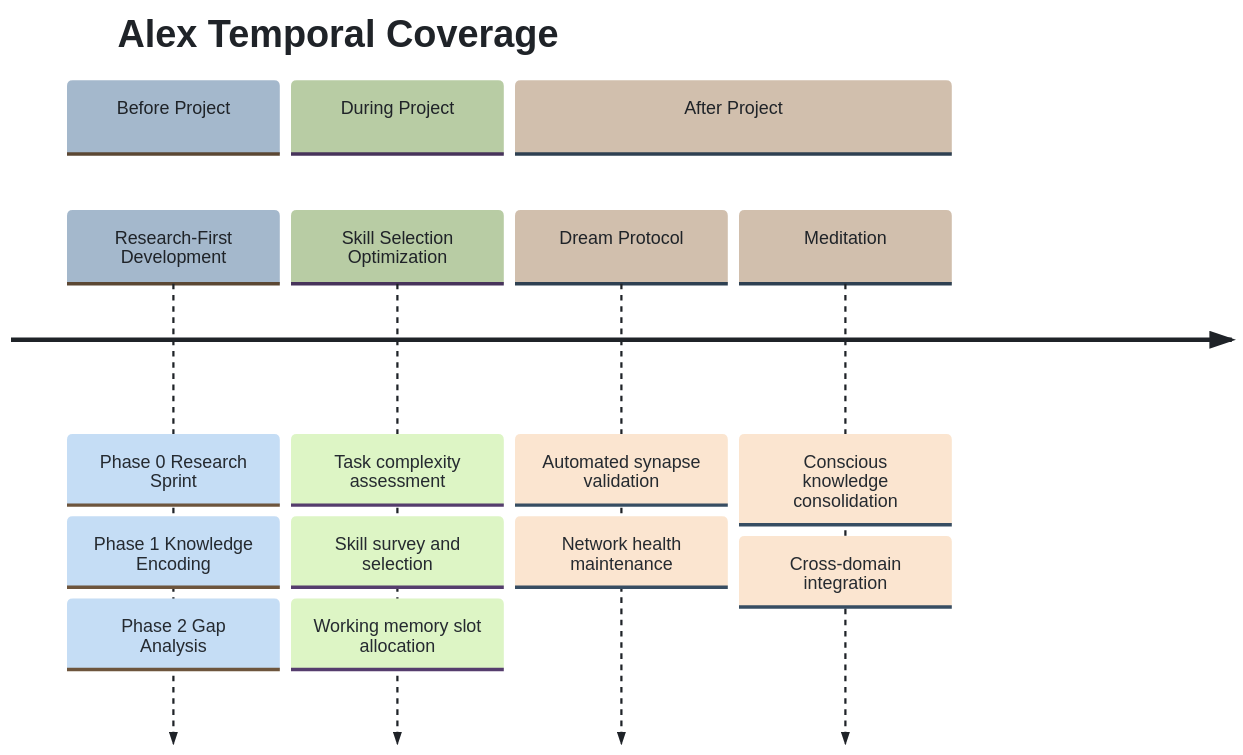
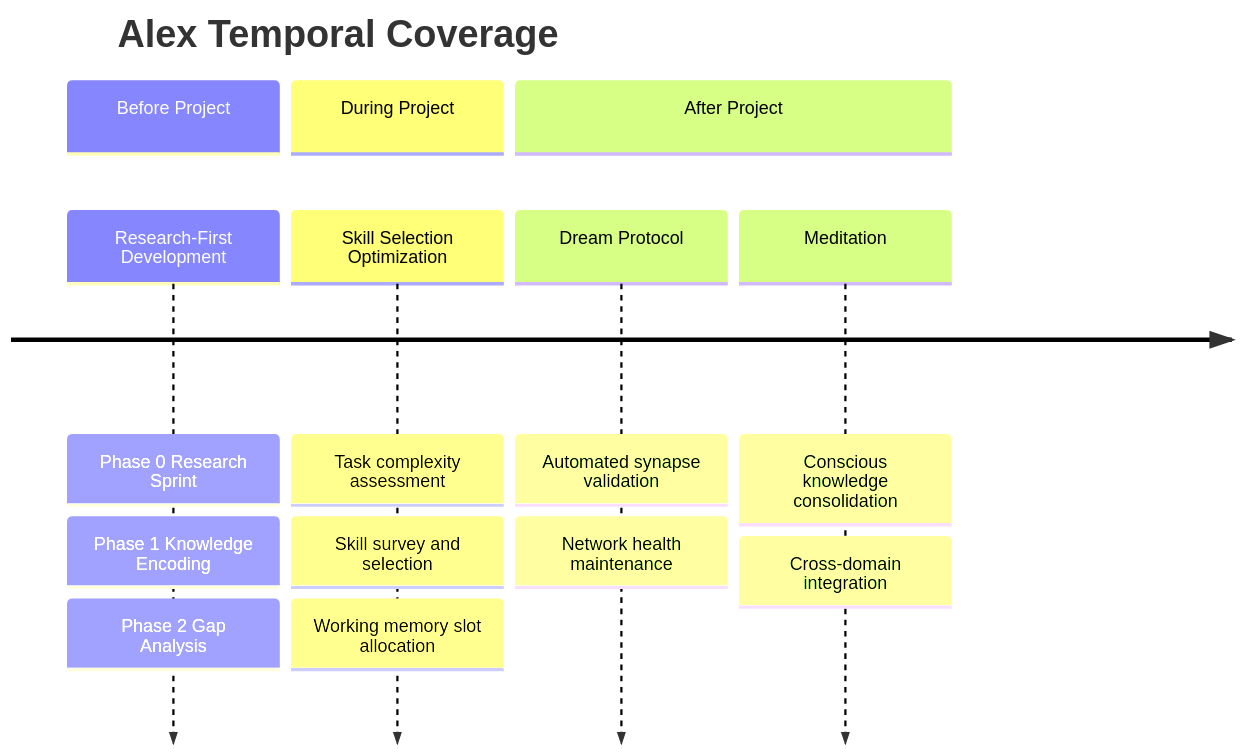
Before and after one commit to fabioc-aloha/Alex_Plug_In: the fourth of 4 diagrams in alex_docs/architecture/RESEARCH-FIRST-DEVELOPMENT.md, drawn with Mermaid. The commit also changed other lines of this file and 282 other files, not shown here.

````diff
--- a/alex_docs/architecture/RESEARCH-FIRST-DEVELOPMENT.md
+++ b/alex_docs/architecture/RESEARCH-FIRST-DEVELOPMENT.md
@@ -288,12 +306,11 @@
 ```mermaid
-%%{init: {'theme': 'base', 'themeVariables': { 'primaryColor': '#f6f8fa', 'primaryTextColor': '#1f2328', 'primaryBorderColor': '#d1d9e0', 'lineColor': '#656d76'}}}%%
 timeline
     title Alex Temporal Coverage
     section Before Project
         Research-First Development : Phase 0 Research Sprint : Phase 1 Knowledge Encoding : Phase 2 Gap Analysis
     section During Project
         Skill Selection Optimization : Task complexity assessment : Skill survey and selection : Working memory slot allocation
     section After Project
         Dream Protocol : Automated synapse validation : Network health maintenance
         Meditation : Conscious knowledge consolidation : Cross-domain integration
 ```
````
